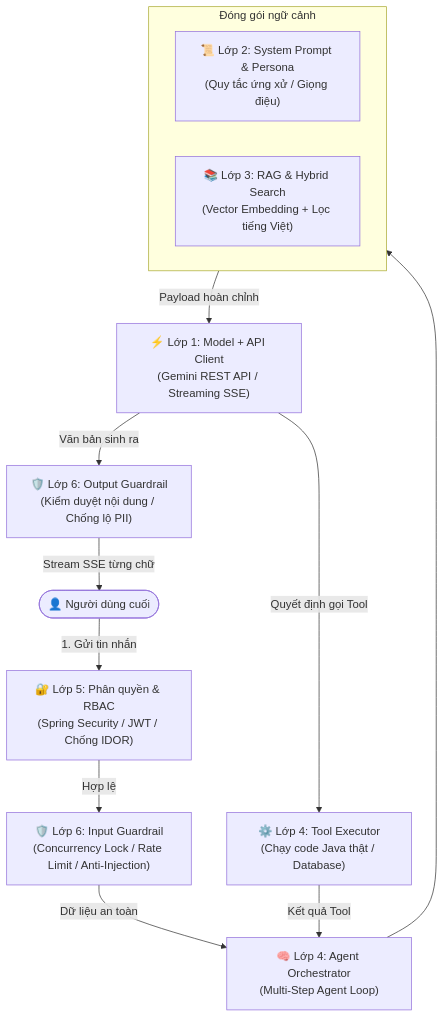
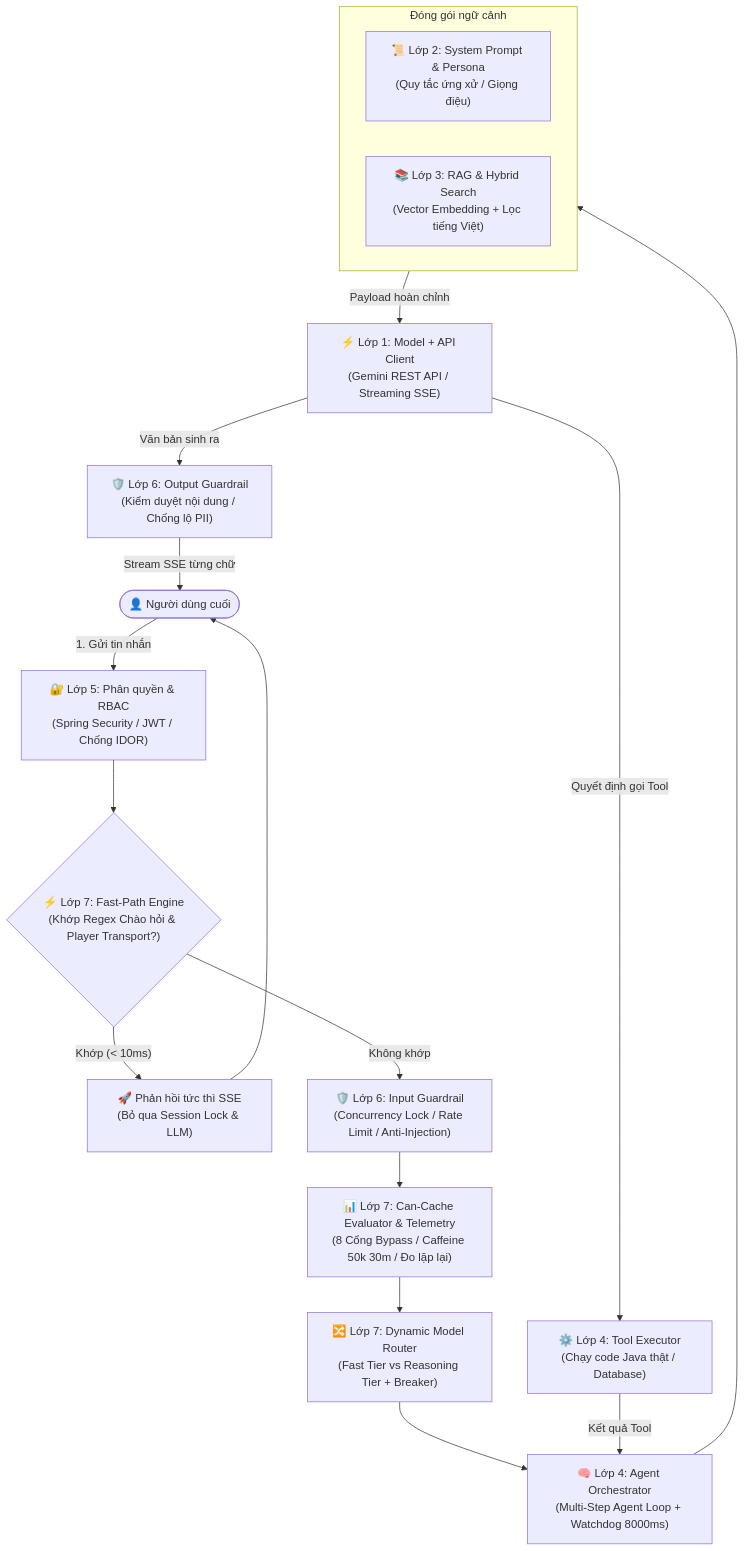
Before and after one commit to DoAnhThu832004/Back-end-Music: the diagram in KIEN_TRUC_AI_6_LOP.md, drawn with Mermaid. The commit also changed other lines of this file and 2 other files, not shown here.

Commit message:
docs: update architecture guide and README with 7-layer AI system & completed Stage 2/3 milestones

````diff
--- a/KIEN_TRUC_AI_6_LOP.md
+++ b/KIEN_TRUC_AI_6_LOP.md
@@ -11,23 +11,32 @@
 ```mermaid
 flowchart TD
     User(["👤 Người dùng cuối"]) -->|1. Gửi tin nhắn| Auth["🔐 Lớp 5: Phân quyền & RBAC<br/>(Spring Security / JWT / Chống IDOR)"]
     
-    Auth -->|Hợp lệ| GuardIn["🛡️ Lớp 6: Input Guardrail<br/>(Concurrency Lock / Rate Limit / Anti-Injection)"]
+    Auth --> FastPath{"⚡ Lớp 7: Fast-Path Engine<br/>(Khớp Regex Chào hỏi & Player Transport?)"}
     
-    GuardIn -->|Dữ liệu an toàn| Orch["🧠 Lớp 4: Agent Orchestrator<br/>(Multi-Step Agent Loop)"]
+    FastPath -- "Khớp (< 10ms)" --> FastOut["🚀 Phản hồi tức thì SSE<br/>(Bỏ qua Session Lock & LLM)"]
+    FastOut --> User
+    
+    FastPath -- "Không khớp" --> GuardIn["🛡️ Lớp 6: Input Guardrail<br/>(Concurrency Lock / Rate Limit / Anti-Injection)"]
+    
+    GuardIn --> CacheEval["📊 Lớp 7: Can-Cache Evaluator & Telemetry<br/>(8 Cổng Bypass / Caffeine 50k 30m / Đo lặp lại)"]
+    
+    CacheEval --> Router["🔀 Lớp 7: Dynamic Model Router<br/>(Fast Tier vs Reasoning Tier + Breaker)"]
+    
+    Router --> Orch["🧠 Lớp 4: Agent Orchestrator<br/>(Multi-Step Agent Loop + Watchdog 8000ms)"]
     
     subgraph ContextAssembly[" Đóng gói ngữ cảnh "]
         Prompt["📜 Lớp 2: System Prompt & Persona<br/>(Quy tắc ứng xử / Giọng điệu)"]
         RAG["📚 Lớp 3: RAG & Hybrid Search<br/>(Vector Embedding + Lọc tiếng Việt)"]
     end
     
     Orch --> ContextAssembly
     ContextAssembly -->|Payload hoàn chỉnh| L1["⚡ Lớp 1: Model + API Client<br/>(Gemini REST API / Streaming SSE)"]
     
     L1 -->|Quyết định gọi Tool| ToolExec["⚙️ Lớp 4: Tool Executor<br/>(Chạy code Java thật / Database)"]
     ToolExec -->|Kết quả Tool| Orch
     
     L1 -->|Văn bản sinh ra| GuardOut["🛡️ Lớp 6: Output Guardrail<br/>(Kiểm duyệt nội dung / Chống lộ PII)"]
     
     GuardOut -->|Stream SSE từng chữ| User
 ```
````
